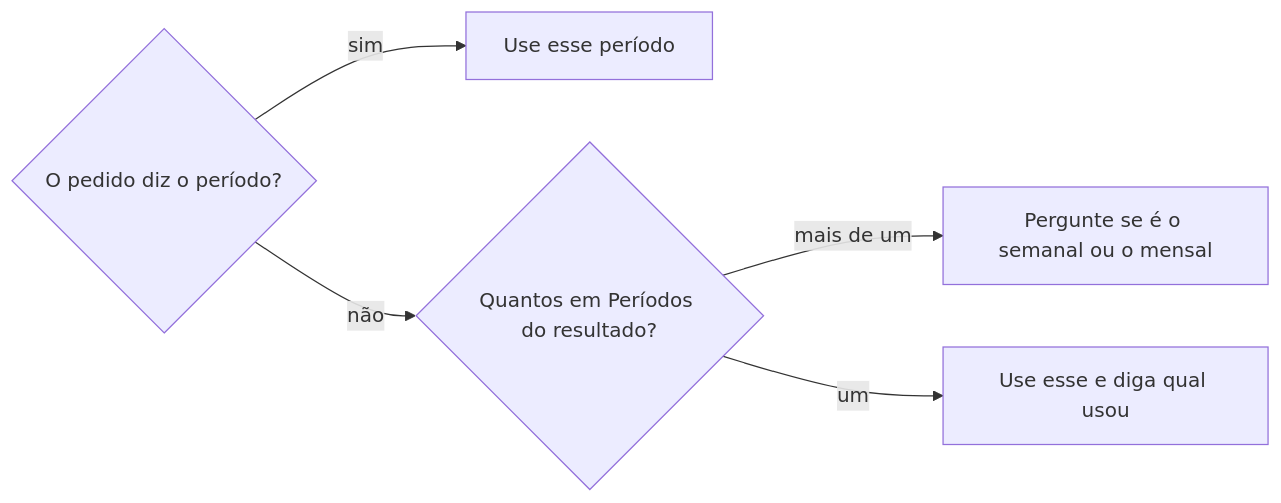
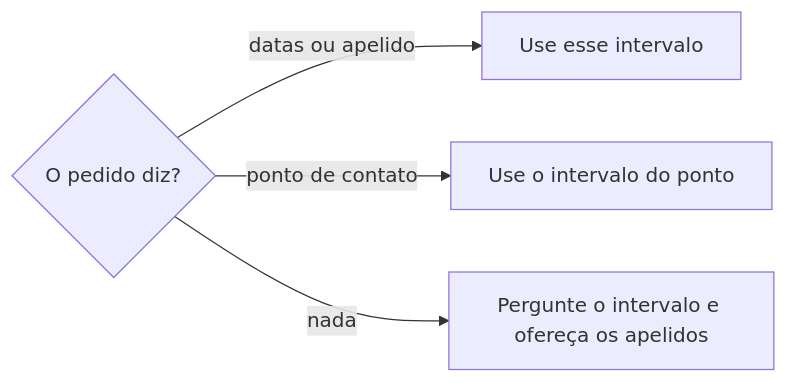
The second of 2 diagrams in .agents/skills/revisar-financas/SKILL.md (jimmyandrade/harness), drawn with Mermaid before and after one commit. The commit also changed other lines of this file and 2 other files, not shown here.

````diff
--- a/.agents/skills/revisar-financas/SKILL.md
+++ b/.agents/skills/revisar-financas/SKILL.md
@@ -51,7 +54,6 @@
 ```mermaid
 flowchart LR
-  P{O pedido diz o período?} -->|sim| U[Use esse período]
-  P -->|não| L{Quantos em Períodos do resultado?}
-  L -->|mais de um| Q[Pergunte se é o semanal ou o mensal]
-  L -->|um| D[Use esse e diga qual usou]
+  P{O pedido diz?} -->|datas ou apelido| U[Use esse intervalo]
+  P -->|ponto de contato| C[Use o intervalo do ponto]
+  P -->|nada| Q[Pergunte o intervalo e ofereça os apelidos]
 ```
````
